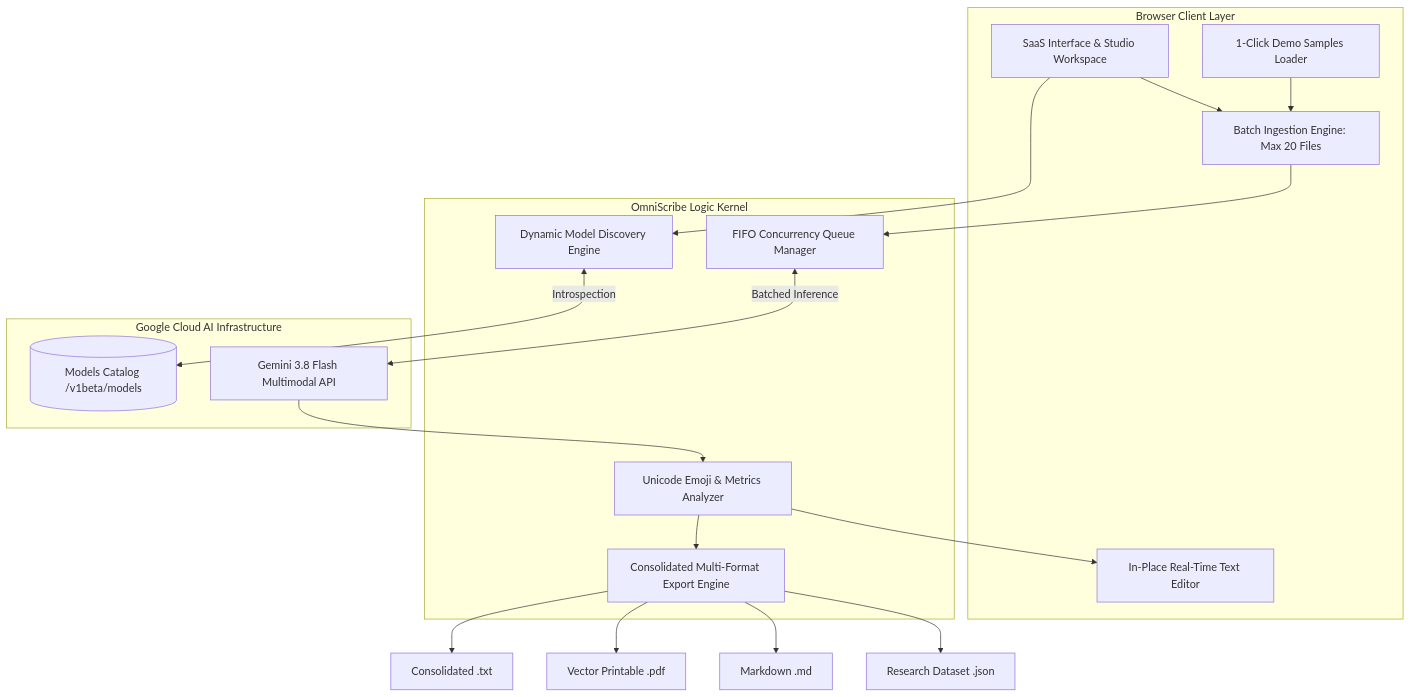
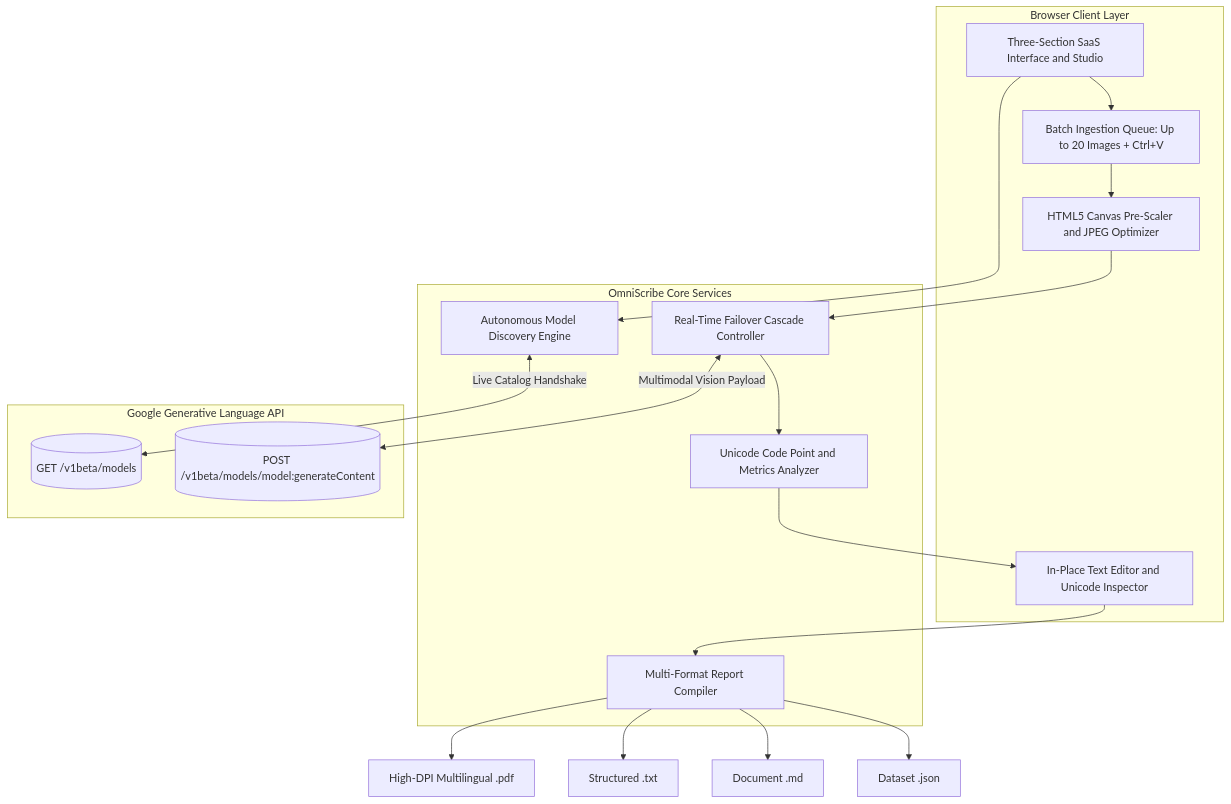
Before and after one commit to Adel-dev-2001/omniscribe: the diagram in README.md, drawn with Mermaid. The commit also changed other lines of this file and 6 other files, not shown here.

Commit message:
feat(engine): refine autonomous free-tier model discovery and academic documentation

````diff
--- a/README.md
+++ b/README.md
@@ -171,35 +79,35 @@
 ```mermaid
 flowchart TD
     subgraph Client [Browser Client Layer]
-        UI[SaaS Interface & Studio Workspace]
-        Dropzone[Batch Ingestion Engine: Max 20 Files]
-        Demos[1-Click Demo Samples Loader]
-        Editor[In-Place Real-Time Text Editor]
+        UI[Three-Section SaaS Interface and Studio]
+        Dropzone[Batch Ingestion Queue: Up to 20 Images + Ctrl+V]
+        Canvas[HTML5 Canvas Pre-Scaler and JPEG Optimizer]
+        Editor[In-Place Text Editor and Unicode Inspector]
     end
 
-    subgraph Core [OmniScribe Logic Kernel]
-        Discovery[Dynamic Model Discovery Engine]
-        Queue[FIFO Concurrency Queue Manager]
-        NLP[Unicode Emoji & Metrics Analyzer]
-        Export[Consolidated Multi-Format Export Engine]
+    subgraph Kernel [OmniScribe Core Services]
+        Discovery[Autonomous Model Discovery Engine]
+        Cascade[Real-Time Failover Cascade Controller]
+        Analyzer[Unicode Code Point and Metrics Analyzer]
+        Exporter[Multi-Format Report Compiler]
     end
 
-    subgraph Cloud [Google Cloud AI Infrastructure]
-        Catalog[(Models Catalog /v1beta/models)]
-        Vision[Gemini 3.8 Flash Multimodal API]
+    subgraph Cloud [Google Generative Language API]
+        Catalog[(GET /v1beta/models)]
+        Inference[(POST /v1beta/models/model:generateContent)]
     end
 
     UI --> Dropzone
-    Demos --> Dropzone
-    Dropzone --> Queue
+    Dropzone --> Canvas
     UI --> Discovery
-    Discovery <-->|Introspection| Catalog
-    Queue <-->|Batched Inference| Vision
-    Vision --> NLP
-    NLP --> Editor
-    NLP --> Export
-    Export --> TXT[Consolidated .txt]
-    Export --> PDF[Vector Printable .pdf]
-    Export --> MD[Markdown .md]
-    Export --> JSON[Research Dataset .json]
+    Discovery <-->|Live Catalog Handshake| Catalog
+    Canvas --> Cascade
+    Cascade <-->|Multimodal Vision Payload| Inference
+    Cascade --> Analyzer
+    Analyzer --> Editor
+    Editor --> Exporter
+    Exporter --> PDF[High-DPI Multilingual .pdf]
+    Exporter --> TXT[Structured .txt]
+    Exporter --> MD[Document .md]
+    Exporter --> JSON[Dataset .json]
 ```
````
